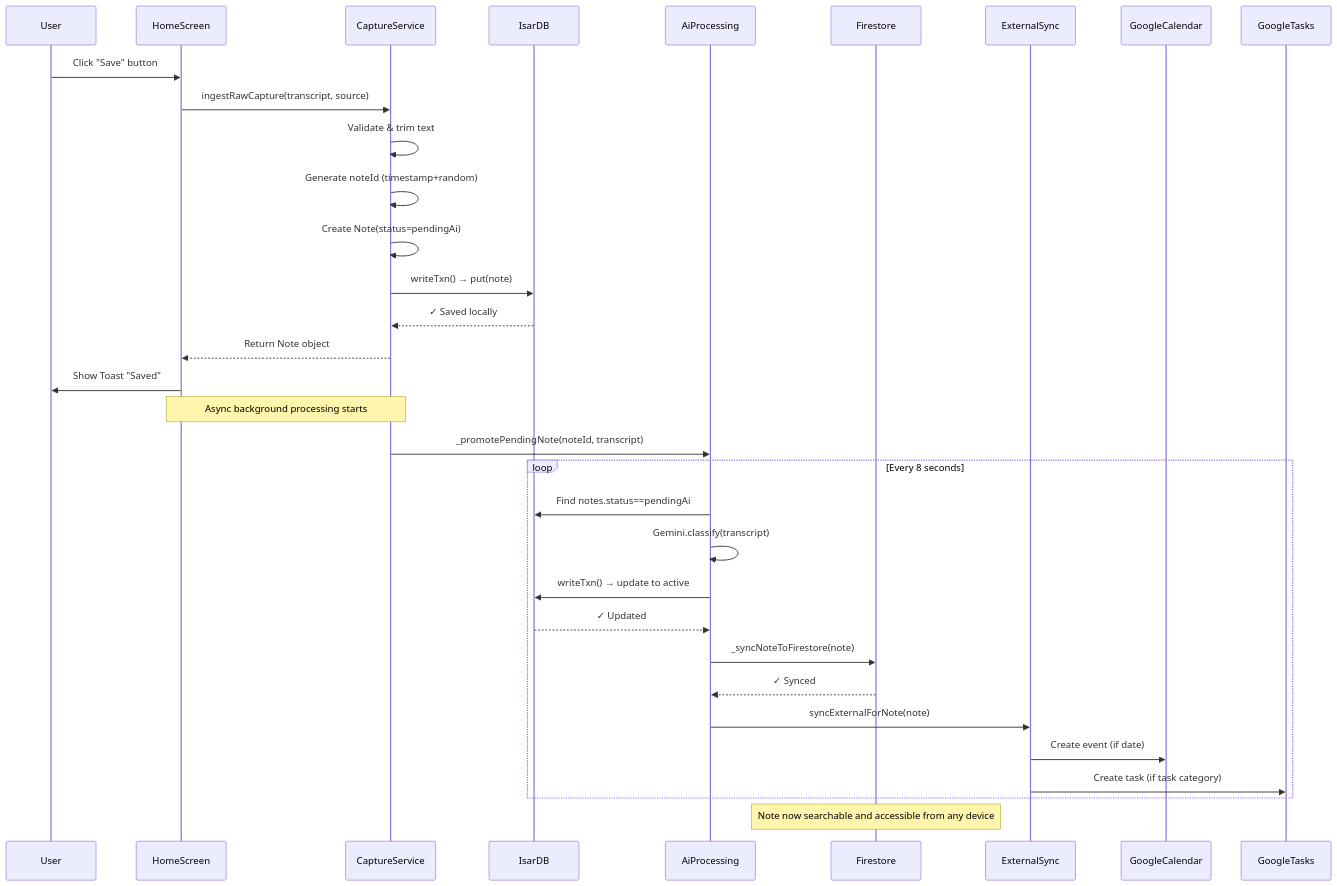
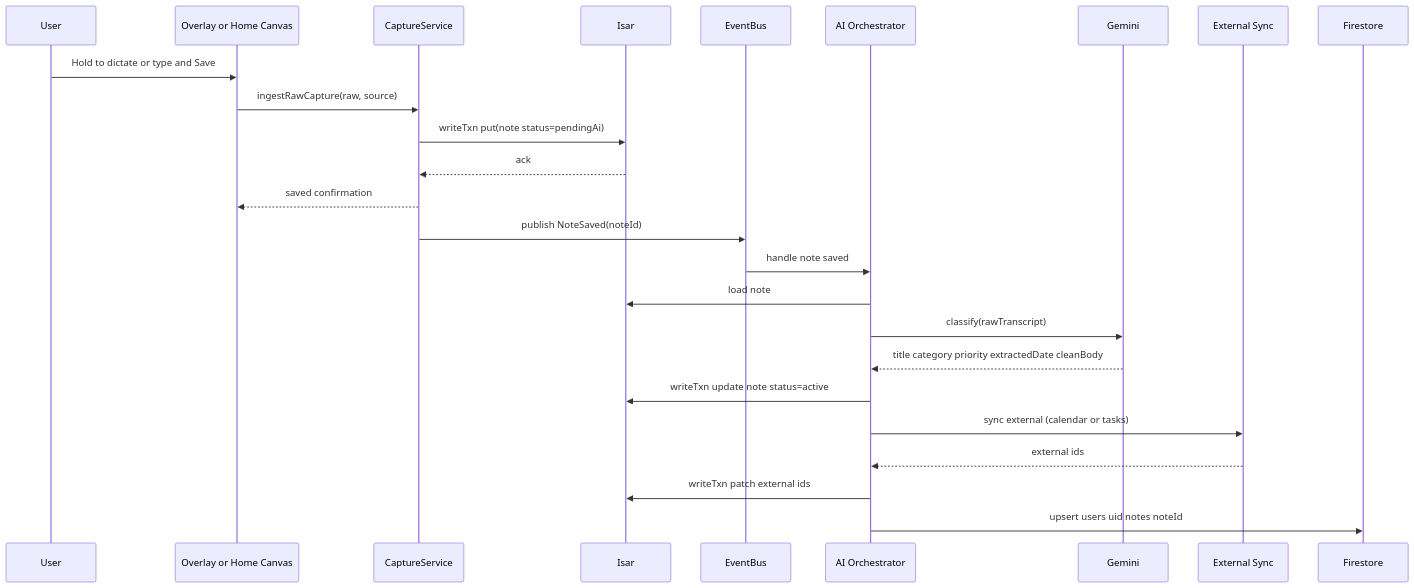
One commit to Adarshv0524/wishperlog changed the second of 5 diagrams in ARCHITECTURE.md. Above: the diagram before and after it, drawn with Mermaid. The commit also changed other lines of this file and 6 other files, not shown here.

First line of the commit message:
docs: align architecture and audit docs with blueprint

````diff
--- a/ARCHITECTURE.md
+++ b/ARCHITECTURE.md
@@ -141,41 +101,28 @@
 ```mermaid
 sequenceDiagram
-    participant User
-    participant UI as HomeScreen
-    participant Capture as CaptureService
-    participant Isar as IsarDB
-    participant AI as AiProcessing
-    participant Firestore as Firestore
-    participant ExtSync as ExternalSync
+  participant U as User
+  participant O as Overlay or Home Canvas
+  participant C as CaptureService
+  participant I as Isar
+  participant E as EventBus
+  participant A as AI Orchestrator
+  participant G as Gemini
+  participant X as External Sync
+  participant F as Firestore
 
-    User->>UI: Click "Save" button
-    UI->>Capture: ingestRawCapture(transcript, source)
-    
-    Capture->>Capture: Validate & trim text
-    Capture->>Capture: Generate noteId (timestamp+random)
-    Capture->>Capture: Create Note(status=pendingAi)
-    
-    Capture->>Isar: writeTxn() → put(note)
-    Isar-->>Capture: ✓ Saved locally
-    
-    Capture-->>UI: Return Note object
-    UI->>User: Show Toast "Saved"
-    
-    Note over Capture,UI: Async background processing starts
-    
-    Capture->>AI: _promotePendingNote(noteId, transcript)
-    
-    loop Every 8 seconds
-        AI->>Isar: Find notes.status==pendingAi
-        AI->>AI: Gemini.classify(transcript)
-        AI->>Isar: writeTxn() → update to active
-        Isar-->>AI: ✓ Updated
-        AI->>Firestore: _syncNoteToFirestore(note)
-        Firestore-->>AI: ✓ Synced
-        AI->>ExtSync: syncExternalForNote(note)
-        ExtSync->>GoogleCalendar: Create event (if date)
-        ExtSync->>GoogleTasks: Create task (if task category)
-    end
-    
-    Note over Firestore: Note now searchable and accessible from any device
+  U->>O: Hold to dictate or type and Save
+  O->>C: ingestRawCapture(raw, source)
+  C->>I: writeTxn put(note status=pendingAi)
+  I-->>C: ack
+  C-->>O: saved confirmation
+  C->>E: publish NoteSaved(noteId)
+  E->>A: handle note saved
+  A->>I: load note
+  A->>G: classify(rawTranscript)
+  G-->>A: title category priority extractedDate cleanBody
+  A->>I: writeTxn update note status=active
+  A->>X: sync external (calendar or tasks)
+  X-->>A: external ids
+  A->>I: writeTxn patch external ids
+  A->>F: upsert users uid notes noteId
 ```
````
